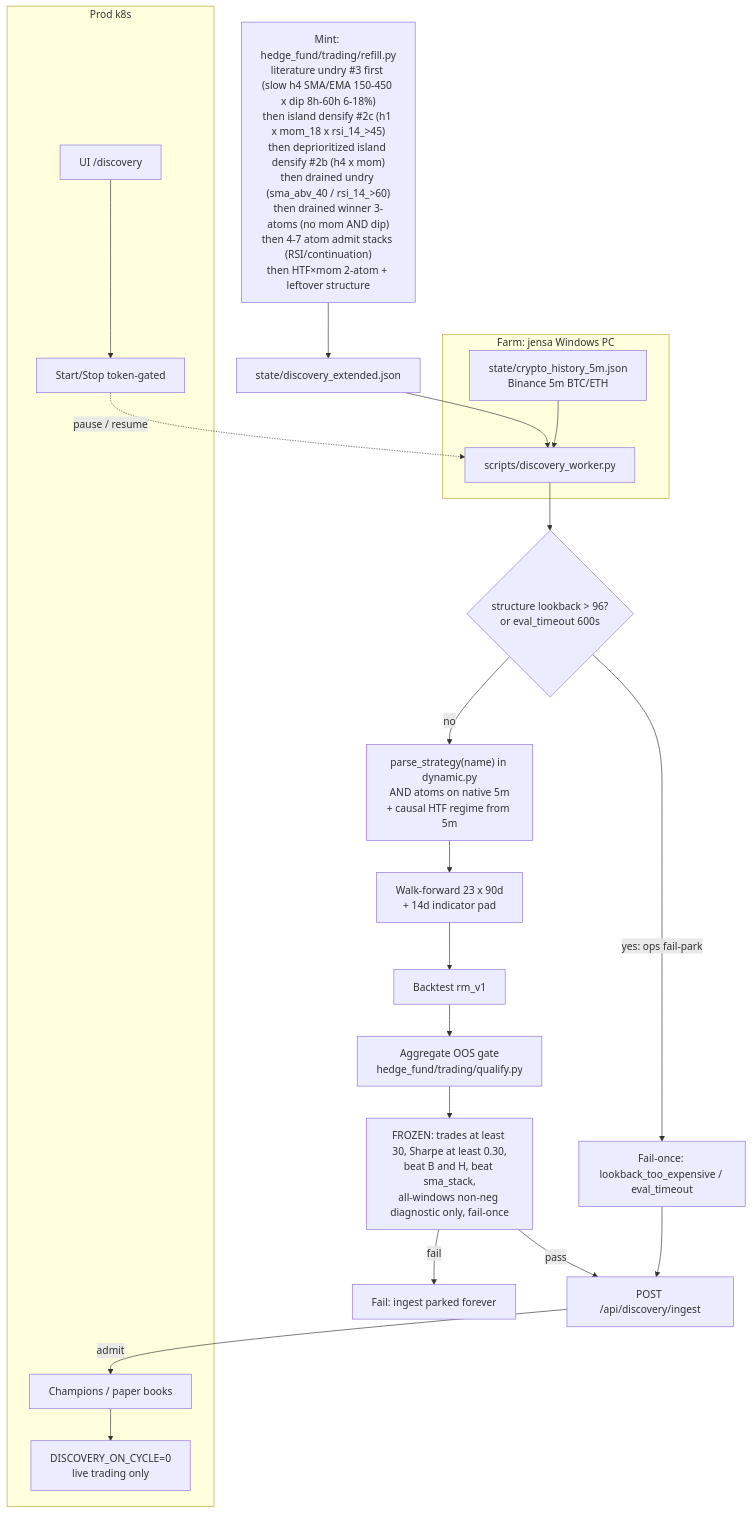
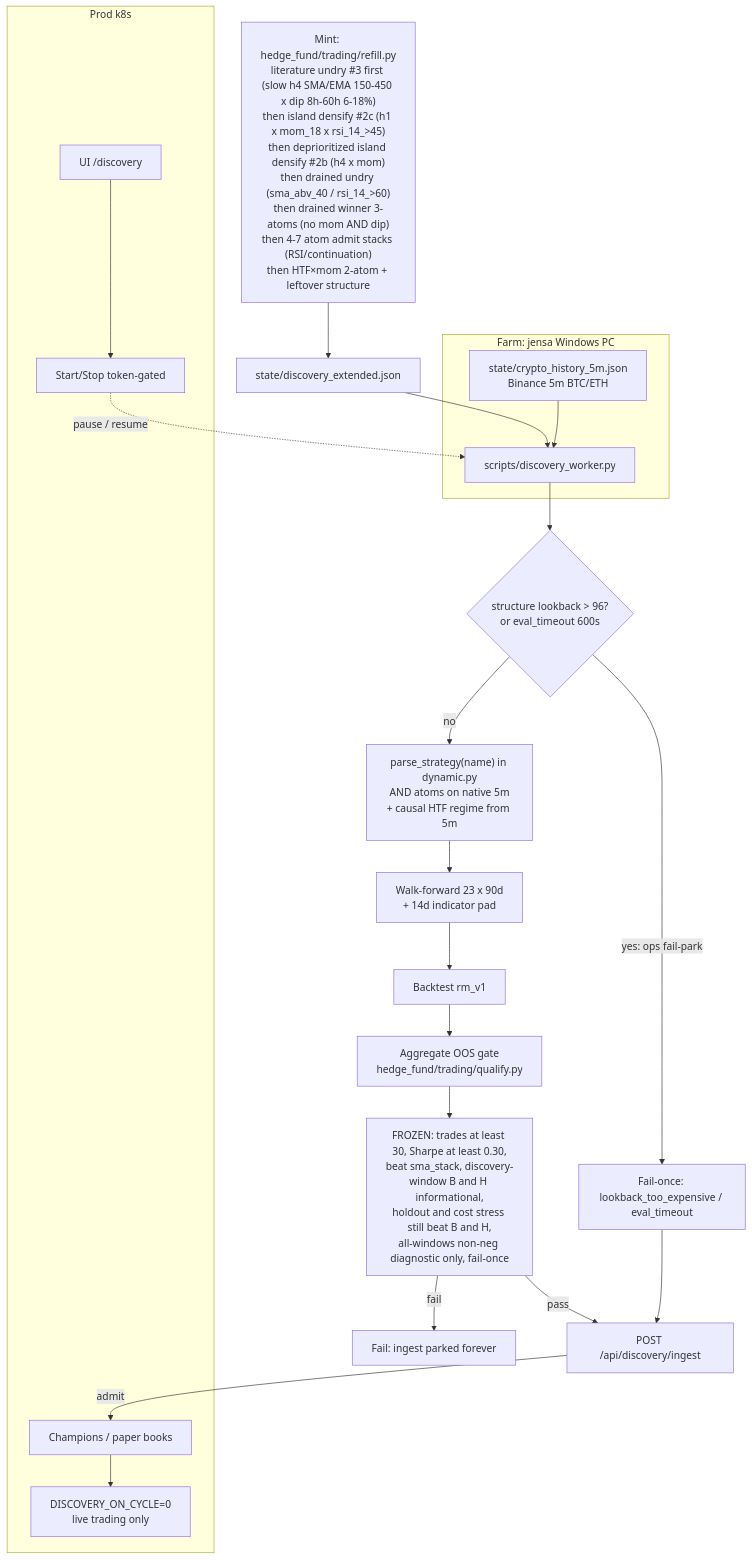
Before and after one commit to Runemark7/paper-trading-bot: the first of 3 diagrams in docs/WORKFLOW.md, drawn with Mermaid. The commit also changed other lines of this file and 34 other files, not shown here.

First line of the commit message:
feat(gate): make discovery B&H informational

````diff
--- a/docs/WORKFLOW.md
+++ b/docs/WORKFLOW.md
@@ -58,42 +60,42 @@
 ```mermaid
 flowchart TB
   recipe["Mint: hedge_fund/trading/refill.py\nliterature undry #3 first (slow h4 SMA/EMA 150-450 x dip 8h-60h 6-18%)\nthen island densify #2c (h1 x mom_18 x rsi_14_>45)\nthen deprioritized island densify #2b (h4 x mom)\nthen drained undry (sma_abv_40 / rsi_14_>60)\nthen drained winner 3-atoms (no mom AND dip)\nthen 4-7 atom admit stacks (RSI/continuation)\nthen HTF×mom 2-atom + leftover structure"]
   ext["state/discovery_extended.json"]
   recipe --> ext
 
   subgraph farm [Farm: jensa Windows PC]
     worker["scripts/discovery_worker.py"]
     hist["state/crypto_history_5m.json\nBinance 5m BTC/ETH"]
   end
   ext --> worker
   hist --> worker
 
   guard{"structure lookback > 96?\nor eval_timeout 600s"}
   parse["parse_strategy(name) in dynamic.py\nAND atoms on native 5m\n+ causal HTF regime from 5m"]
   wf["Walk-forward 23 x 90d\n+ 14d indicator pad"]
   bt["Backtest rm_v1"]
   gate["Aggregate OOS gate\nhedge_fund/trading/qualify.py"]
   worker --> guard
   guard -->|"yes: ops fail-park"| parkOps["Fail-once: lookback_too_expensive / eval_timeout"]
   guard -->|no| parse --> wf --> bt --> gate
 
-  frozen["FROZEN: trades at least 30, Sharpe at least 0.30,\nbeat B and H, beat sma_stack,\nall-windows non-neg diagnostic only, fail-once"]
+  frozen["FROZEN: trades at least 30, Sharpe at least 0.30,\nbeat sma_stack, discovery-window B and H informational,\nholdout and cost stress still beat B and H,\nall-windows non-neg diagnostic only, fail-once"]
   gate --> frozen
 
   ingest["POST /api/discovery/ingest"]
   park["Fail: ingest parked forever"]
   frozen -->|"pass"| ingest
   frozen -->|"fail"| park
   parkOps --> ingest
 
   subgraph prod [Prod k8s]
     champs["Champions / paper books"]
     live["DISCOVERY_ON_CYCLE=0\nlive trading only"]
     ui["UI /discovery"]
     ctl["Start/Stop token-gated"]
   end
   ingest -->|"admit"| champs
   champs --> live
   ui --> ctl
   ctl -.->|"pause / resume"| worker
 ```
````
